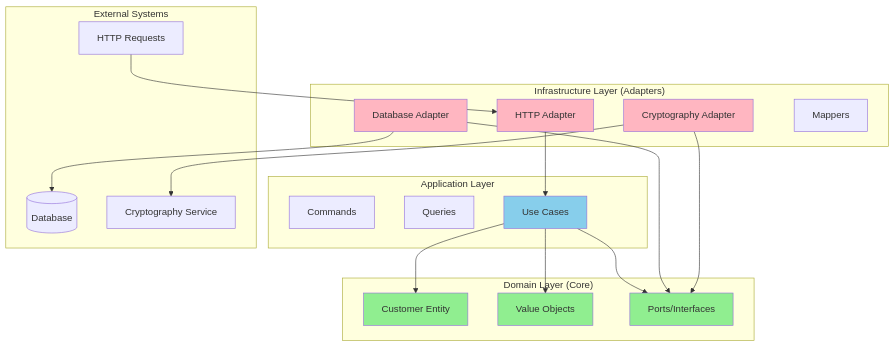
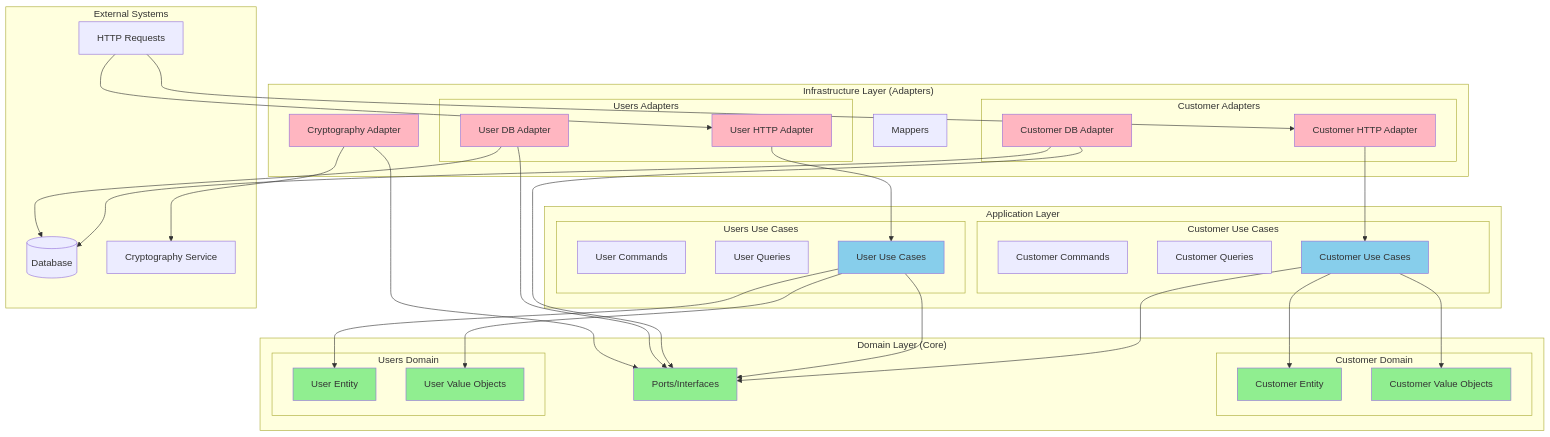
The second of 28 diagrams in docs/hexagonal-architecture-migration.md (12SOAT-Workshop-FIAP/garage-management-system), drawn with Mermaid before and after one commit. The commit also changed other lines of this file and 64 other files, not shown here.

````diff
--- a/docs/hexagonal-architecture-migration.md
+++ b/docs/hexagonal-architecture-migration.md
@@ -65,47 +68,78 @@
 ```mermaid
 graph TB
     subgraph "Domain Layer (Core)"
-        Entity[Customer Entity]
-        VOs[Value Objects]
+        subgraph "Customer Domain"
+            CustomerEntity[Customer Entity]
+            CustomerVOs[Customer Value Objects]
+        end
+        subgraph "Users Domain"
+            UserEntity[User Entity]
+            UserVOs[User Value Objects]
+        end
         Ports[Ports/Interfaces]
     end
     
     subgraph "Application Layer"
-        Commands[Commands]
-        Queries[Queries]
-        UseCases[Use Cases]
+        subgraph "Customer Use Cases"
+            CustomerCommands[Customer Commands]
+            CustomerQueries[Customer Queries]
+            CustomerUCs[Customer Use Cases]
+        end
+        subgraph "Users Use Cases"
+            UserCommands[User Commands]
+            UserQueries[User Queries]
+            UserUCs[User Use Cases]
+        end
     end
     
     subgraph "Infrastructure Layer (Adapters)"
-        HTTPAdapter[HTTP Adapter]
-        DBAdapter[Database Adapter]
+        subgraph "Customer Adapters"
+            CustomerHTTP[Customer HTTP Adapter]
+            CustomerDB[Customer DB Adapter]
+        end
+        subgraph "Users Adapters"
+            UserHTTP[User HTTP Adapter]
+            UserDB[User DB Adapter]
+        end
         CryptoAdapter[Cryptography Adapter]
         Mappers[Mappers]
     end
     
     subgraph "External Systems"
         Database[(Database)]
         CryptoService[Cryptography Service]
         HTTP[HTTP Requests]
     end
     
-    UseCases --> Entity
-    UseCases --> VOs
-    UseCases --> Ports
+    CustomerUCs --> CustomerEntity
+    CustomerUCs --> CustomerVOs
+    UserUCs --> UserEntity
+    UserUCs --> UserVOs
+    CustomerUCs --> Ports
+    UserUCs --> Ports
     
-    HTTPAdapter --> UseCases
-    DBAdapter --> Ports
+    CustomerHTTP --> CustomerUCs
+    UserHTTP --> UserUCs
+    CustomerDB --> Ports
+    UserDB --> Ports
     CryptoAdapter --> Ports
     
-    HTTP --> HTTPAdapter
-    DBAdapter --> Database
+    HTTP --> CustomerHTTP
+    HTTP --> UserHTTP
+    CustomerDB --> Database
+    UserDB --> Database
     CryptoAdapter --> CryptoService
     
-    style Entity fill:#90EE90
-    style VOs fill:#90EE90
+    style CustomerEntity fill:#90EE90
+    style UserEntity fill:#90EE90
+    style CustomerVOs fill:#90EE90
+    style UserVOs fill:#90EE90
     style Ports fill:#90EE90
-    style UseCases fill:#87CEEB
-    style HTTPAdapter fill:#FFB6C1
-    style DBAdapter fill:#FFB6C1
+    style CustomerUCs fill:#87CEEB
+    style UserUCs fill:#87CEEB
+    style CustomerHTTP fill:#FFB6C1
+    style UserHTTP fill:#FFB6C1
+    style CustomerDB fill:#FFB6C1
+    style UserDB fill:#FFB6C1
     style CryptoAdapter fill:#FFB6C1
 ```
````
